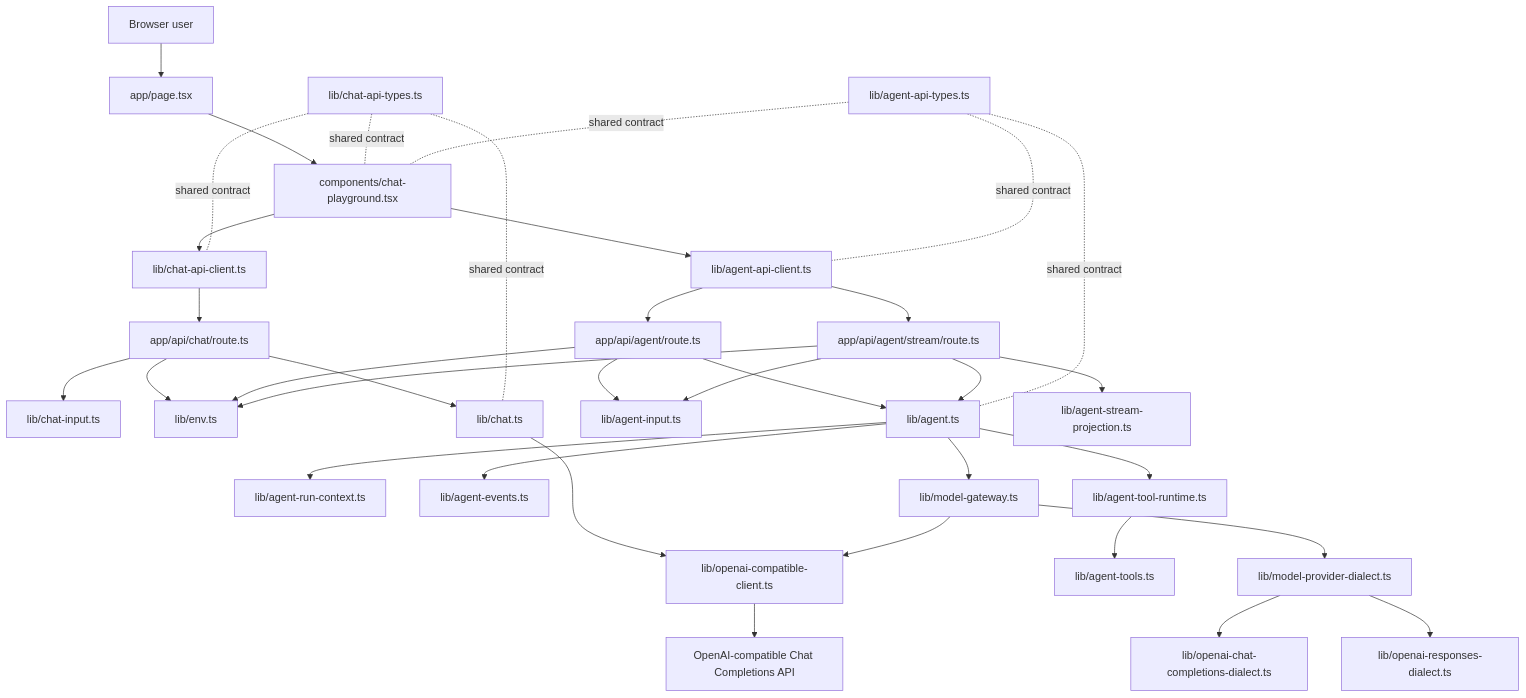
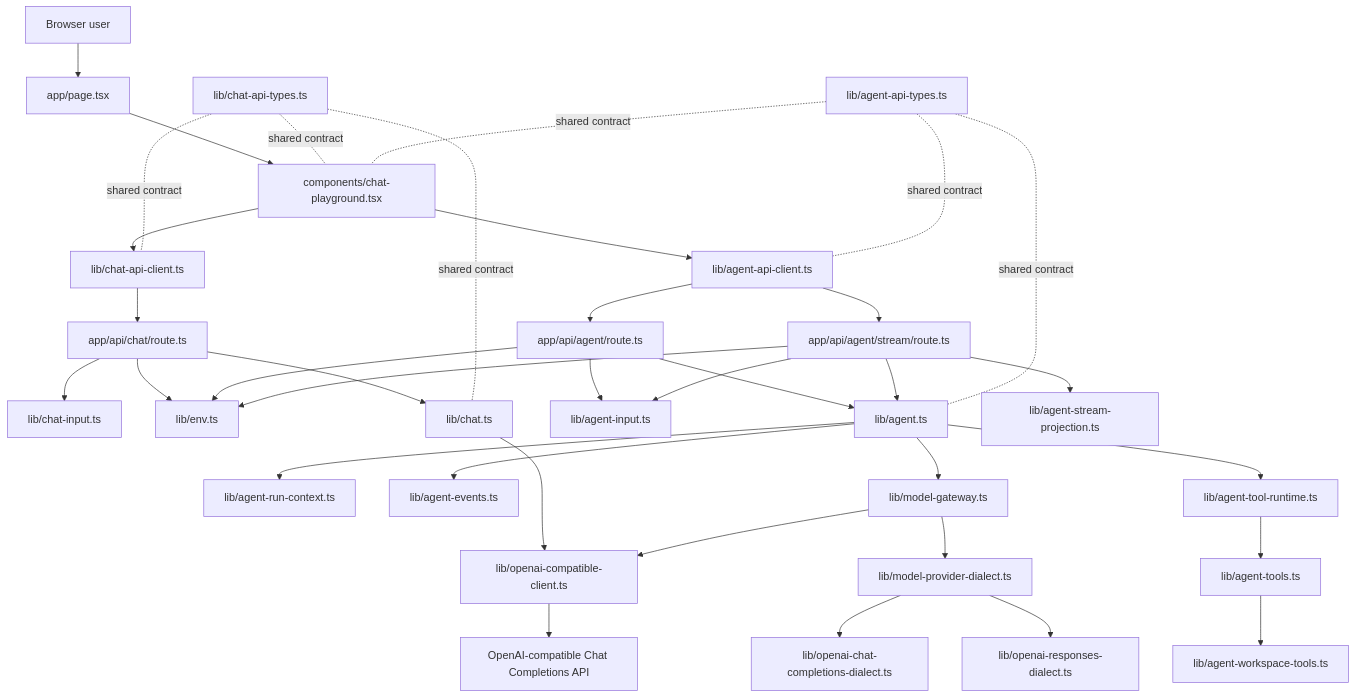
Before and after one commit to Liang-HZ/inspectable-agent-harness: the first of 3 diagrams in docs/architecture.md, drawn with Mermaid. The commit also changed other lines of this file and 12 other files, not shown here.

Commit message:
Add workspace read tools

````diff
--- a/docs/architecture.md
+++ b/docs/architecture.md
@@ -21,41 +21,42 @@
 ```mermaid
 flowchart TD
   User[Browser user] --> Page[app/page.tsx]
   Page --> Playground[components/chat-playground.tsx]
   Playground --> BrowserClient[lib/chat-api-client.ts]
   Playground --> AgentBrowserClient[lib/agent-api-client.ts]
   BrowserClient --> ChatRoute[app/api/chat/route.ts]
   AgentBrowserClient --> AgentRoute[app/api/agent/route.ts]
   AgentBrowserClient --> AgentStreamRoute[app/api/agent/stream/route.ts]
 
   ChatRoute --> ChatInput[lib/chat-input.ts]
   ChatRoute --> Env[lib/env.ts]
   ChatRoute --> ChatService[lib/chat.ts]
 
   AgentRoute --> AgentInput[lib/agent-input.ts]
   AgentStreamRoute --> AgentInput
   AgentRoute --> Env
   AgentStreamRoute --> Env
   AgentRoute --> AgentService[lib/agent.ts]
   AgentStreamRoute --> AgentService
   AgentStreamRoute --> AgentProjection[lib/agent-stream-projection.ts]
   AgentService --> AgentRunContext[lib/agent-run-context.ts]
   AgentService --> AgentEvents[lib/agent-events.ts]
   AgentService --> ModelGateway[lib/model-gateway.ts]
   ModelGateway --> ModelDialect[lib/model-provider-dialect.ts]
   ModelDialect --> ChatDialect[lib/openai-chat-completions-dialect.ts]
   ModelDialect --> ResponsesDialect[lib/openai-responses-dialect.ts]
   AgentService --> ToolRuntime[lib/agent-tool-runtime.ts]
   ToolRuntime --> AgentTools[lib/agent-tools.ts]
+  AgentTools --> WorkspaceTools[lib/agent-workspace-tools.ts]
 
   ChatService --> OpenAIClient[lib/openai-compatible-client.ts]
   ModelGateway --> OpenAIClient
   OpenAIClient --> Provider[OpenAI-compatible Chat Completions API]
 
   SharedTypes[lib/chat-api-types.ts] -. shared contract .- Playground
   SharedTypes -. shared contract .- BrowserClient
   SharedTypes -. shared contract .- ChatService
   AgentTypes[lib/agent-api-types.ts] -. shared contract .- Playground
   AgentTypes -. shared contract .- AgentBrowserClient
   AgentTypes -. shared contract .- AgentService
 ```
````
